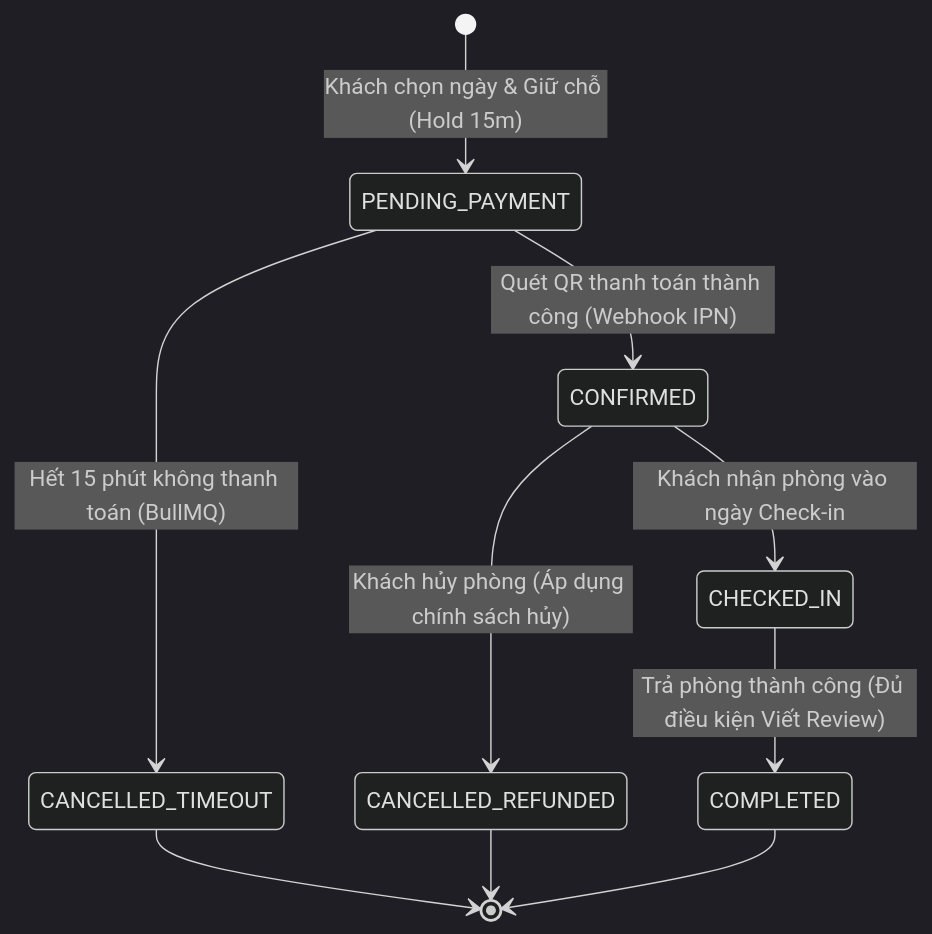
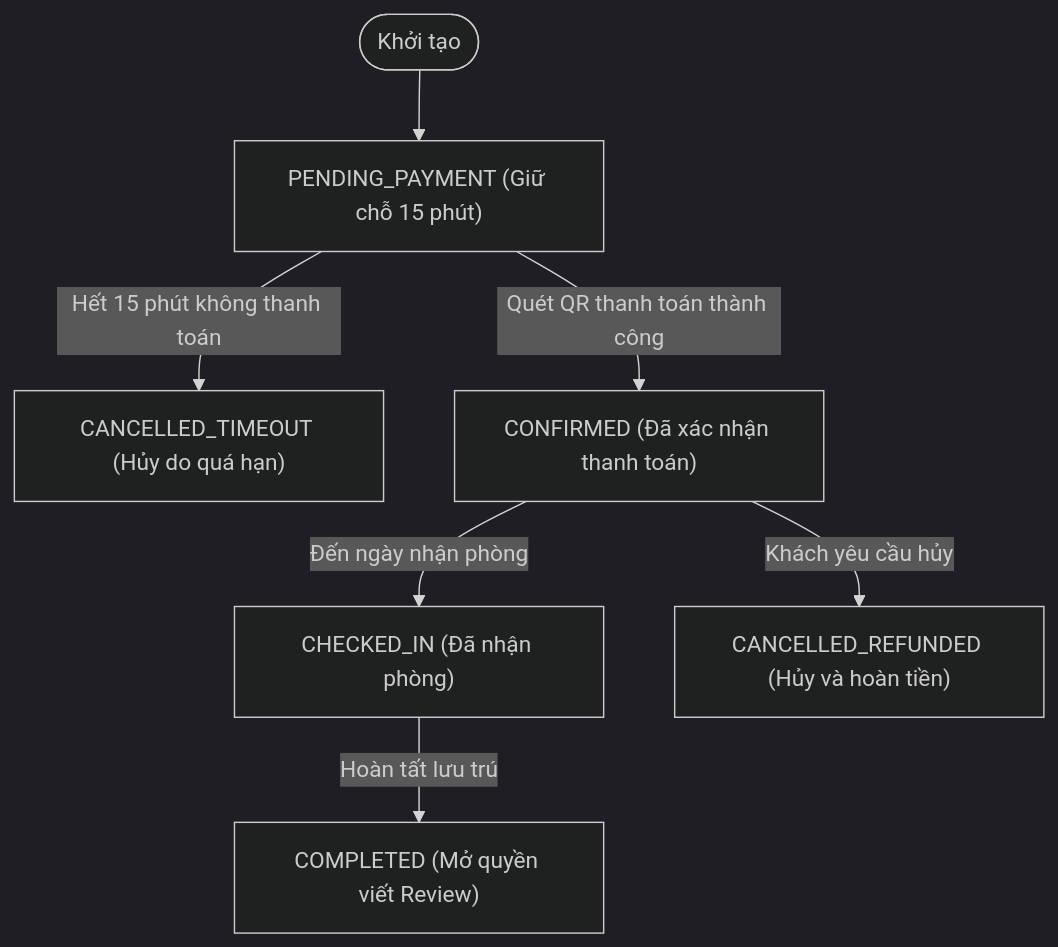
The second of 3 diagrams in 06_API_SPECS_AND_WORKFLOWS.md (Romfff/trotot), drawn with Mermaid (dark theme) before and after one commit. The commit also changed other lines of this file and 6 other files, not shown here.

Commit message:
fix(docs): sua loi cu phap mermaid diagram tuong thich 100% voi github render

````diff
--- a/06_API_SPECS_AND_WORKFLOWS.md
+++ b/06_API_SPECS_AND_WORKFLOWS.md
@@ -242,15 +242,11 @@
 ```mermaid
-stateDiagram-v2
-    [*] --> PENDING_PAYMENT : Khách chọn ngày & Giữ chỗ (Hold 15m)
-    PENDING_PAYMENT --> CANCELLED_TIMEOUT : Hết 15 phút không thanh toán (BullMQ)
-    PENDING_PAYMENT --> CONFIRMED : Quét QR thanh toán thành công (Webhook IPN)
+flowchart TD
+    Start([Khởi tạo]) --> PENDING_PAYMENT["PENDING_PAYMENT (Giữ chỗ 15 phút)"]
+    PENDING_PAYMENT -->|Hết 15 phút không thanh toán| CANCELLED_TIMEOUT["CANCELLED_TIMEOUT (Hủy do quá hạn)"]
+    PENDING_PAYMENT -->|Quét QR thanh toán thành công| CONFIRMED["CONFIRMED (Đã xác nhận thanh toán)"]
     
-    CONFIRMED --> CHECKED_IN : Khách nhận phòng vào ngày Check-in
-    CONFIRMED --> CANCELLED_REFUNDED : Khách hủy phòng (Áp dụng chính sách hủy)
+    CONFIRMED -->|Đến ngày nhận phòng| CHECKED_IN["CHECKED_IN (Đã nhận phòng)"]
+    CONFIRMED -->|Khách yêu cầu hủy| CANCELLED_REFUNDED["CANCELLED_REFUNDED (Hủy và hoàn tiền)"]
     
-    CHECKED_IN --> COMPLETED : Trả phòng thành công (Đủ điều kiện Viết Review)
-    
-    CANCELLED_TIMEOUT --> [*]
-    CANCELLED_REFUNDED --> [*]
-    COMPLETED --> [*]
+    CHECKED_IN -->|Hoàn tất lưu trú| COMPLETED["COMPLETED (Mở quyền viết Review)"]
 ```
````
